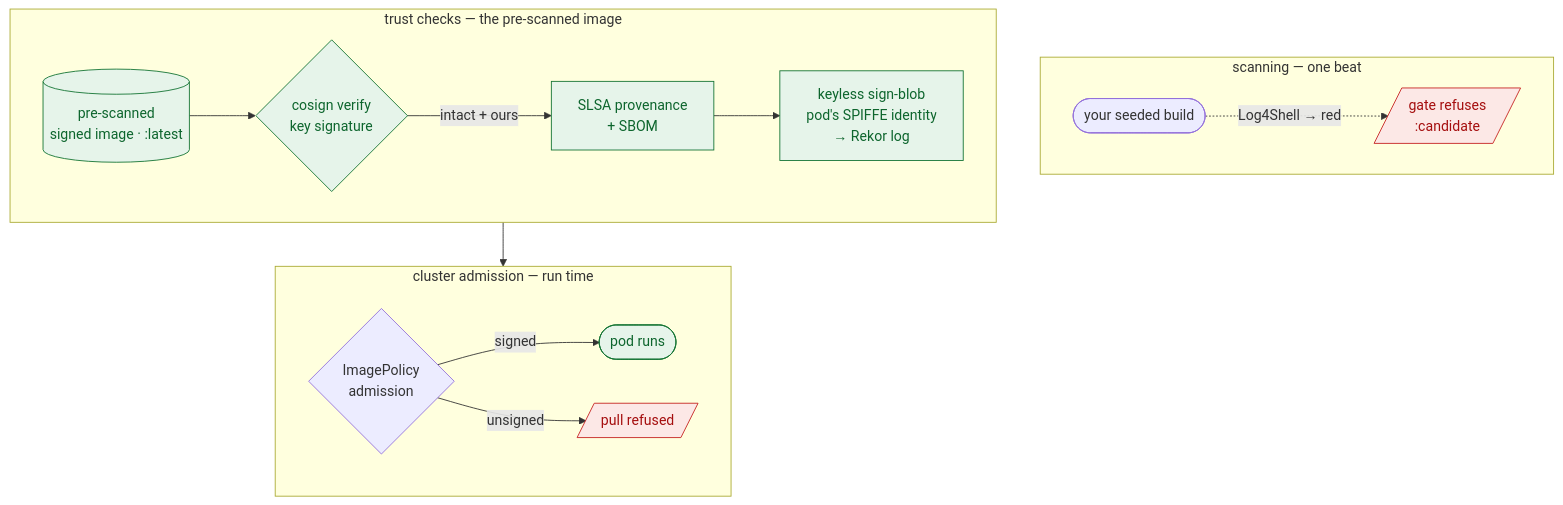
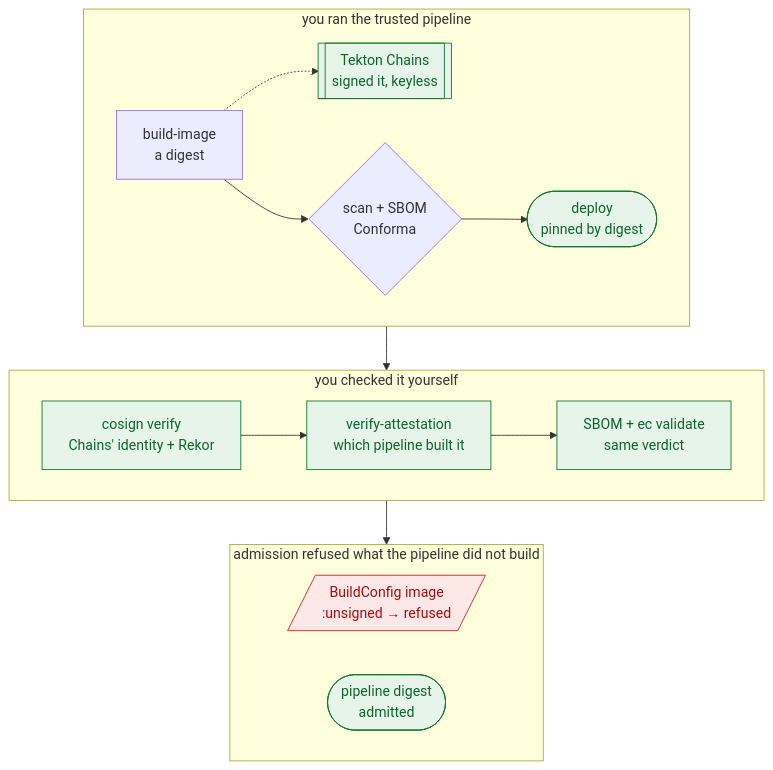
Before and after one commit to serhat-dirik/OCP-Getting-Started-Revamped: the diagram in content/modules/ROOT/examples/diagrams/trusted-supply-chain/03-what-you-built.mmd, drawn with Mermaid. The commit also changed 19 other files, not shown here.

First line of the commit message:
feat(trusted-supply-chain): one pipeline the attendee runs, then explained

```diff
--- a/content/modules/ROOT/examples/diagrams/trusted-supply-chain/03-what-you-built.mmd
+++ b/content/modules/ROOT/examples/diagrams/trusted-supply-chain/03-what-you-built.mmd
@@ -1,34 +1,28 @@
-%% What you built — Trusted Software Supply Chain.
-%% Two images, one narrative: the live scan-gate demo on the seeded branch (top), then the
-%% pre-scanned/signed image's trust chain — verify, provenance, keyless sign+Rekor — through to
-%% cluster admission (bottom two rows). Illustrates wrapup.adoc "What you built".
-%% Resized 2026-08-22: was one flowchart LR row (intrinsic 1666x347, rendered 900x187, text at
-%% 0.54x — too wide, and WARM had a third label line). Wrapped the long chain into two
-%% direction-LR subgraphs stacked under the existing scanning subgraph, and compressed WARM to
-%% two lines, per the diagram-resize rules.
-%% Follow-up 2026-08-22: KEY-->ADM crossed the VERIFY/ADMIT boundary, silently disabling direction
-%% for both. Fixed by routing it container-to-container: VERIFY-->ADMIT (no label existed to move).
-%% 2026-11-13: KEY names the signer — exercise 4 signs with the attendee pod's SPIFFE workload identity
-%% (Zero Trust Workload Identity Manager), not a ServiceAccount token. Three lines, still under tall-label.
+%% What you built — Trusted Software Supply Chain (wrapup.adoc "What you built").
+%% Three rows, one per part of the lab: the run you started, the checks you repeated by hand, and the
+%% admission test. Rows are direction-LR subgraphs joined container-to-container only, so each
+%% `direction LR` is honoured (tools/lint/diagram-size-guard.py, ignored-direction).
+%% 2026-11-15: redrawn for the one-pipeline design.
 flowchart TB
-  subgraph SCAN["scanning — one beat"]
+  subgraph RUN["you ran the trusted pipeline"]
     direction LR
-    SEED([your seeded build]) -. "Log4Shell → red" .-> STOP[/gate refuses<br/>:candidate/]
+    B[build-image<br/>a digest] -.-> CH[[Tekton Chains<br/>signed it, keyless]]
+    B --> GATES{scan + SBOM<br/>Conforma}
+    GATES --> DEP([deploy<br/>pinned by digest])
   end
-  subgraph VERIFY["trust checks — the pre-scanned image"]
+  subgraph CHECK["you checked it yourself"]
     direction LR
-    WARM[(pre-scanned<br/>signed image · :latest)] --> VER{cosign verify<br/>key signature}
-    VER -->|intact + ours| PROV[SLSA provenance<br/>+ SBOM]
-    PROV --> KEY[keyless sign-blob<br/>pod's SPIFFE identity<br/>→ Rekor log]
+    V1[cosign verify<br/>Chains' identity + Rekor] --> V2[verify-attestation<br/>which pipeline built it]
+    V2 --> V3[SBOM + ec validate<br/>same verdict]
   end
-  subgraph ADMIT["cluster admission — run time"]
+  subgraph ADMIT["admission refused what the pipeline did not build"]
     direction LR
-    ADM{ImagePolicy<br/>admission}
-    ADM -->|signed| RUN([pod runs])
-    ADM -->|unsigned| DENY[/pull refused/]
+    OUT[/BuildConfig image<br/>:unsigned → refused/]
+    IN([pipeline digest<br/>admitted])
   end
-  VERIFY --> ADMIT
+  RUN --> CHECK
+  CHECK --> ADMIT
   classDef g fill:#e6f4ea,stroke:#137333,color:#0d652d;
   classDef r fill:#fce8e6,stroke:#c5221f,color:#a50e0e;
-  class WARM,RUN,PROV,KEY,VER g;
-  class STOP,DENY r;
+  class CH,DEP,V1,V2,V3,IN g;
+  class OUT r;
```
